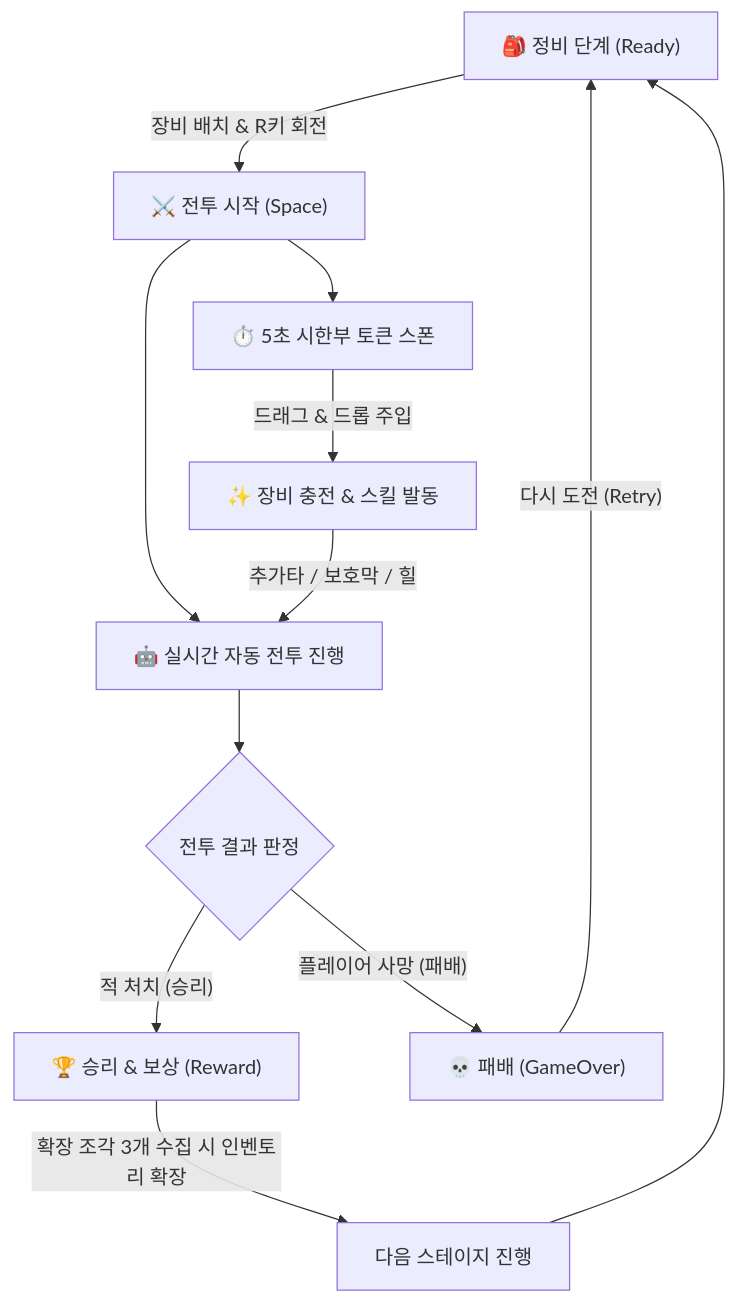
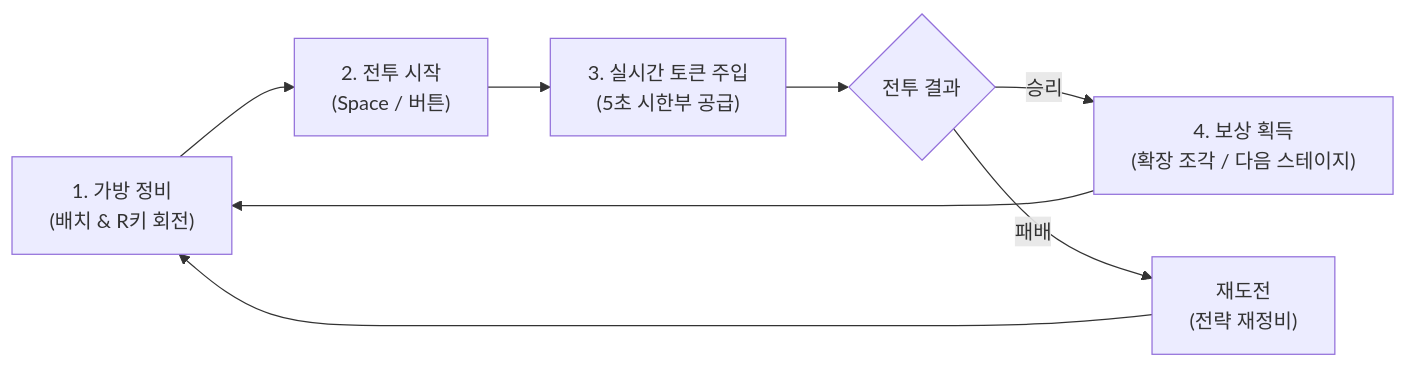
One commit to Jvncyo/InventoryAutoBattle changed the diagram in README.md. Above: the diagram before and after it, drawn with Mermaid. The commit also changed other lines of this file, not shown here.

Commit message:
docs: rewrite README.md focused entirely on game introduction and player guide

````diff
--- a/README.md
+++ b/README.md
@@ -33,14 +34,10 @@
 ```mermaid
-flowchart TD
-    A["🎒 정비 단계 (Ready)"] -->|"장비 배치 & R키 회전"| B["⚔️ 전투 시작 (Space)"]
-    B --> C["🤖 실시간 자동 전투 진행"]
-    B --> D["⏱️ 5초 시한부 토큰 스폰"]
-    D -->|"드래그 & 드롭 주입"| E["✨ 장비 충전 & 스킬 발동"]
-    E -->|"추가타 / 보호막 / 힐"| C
-    C --> F{"전투 결과 판정"}
-    F -->|"적 처치 (승리)"| G["🏆 승리 & 보상 (Reward)"]
-    F -->|"플레이어 사망 (패배)"| H["💀 패배 (GameOver)"]
-    G -->|"확장 조각 3개 수집 시 인벤토리 확장"| I["다음 스테이지 진행"]
-    I --> A
-    H -->|"다시 도전 (Retry)"| A
+flowchart LR
+    A["1. 가방 정비<br>(배치 & R키 회전)"] --> B["2. 전투 시작<br>(Space / 버튼)"]
+    B --> C["3. 실시간 토큰 주입<br>(5초 시한부 공급)"]
+    C --> D{"전투 결과"}
+    D -->|"승리"| E["4. 보상 획득<br>(확장 조각 / 다음 스테이지)"]
+    D -->|"패배"| F["재도전<br>(전략 재정비)"]
+    E --> A
+    F --> A
 ```
````
